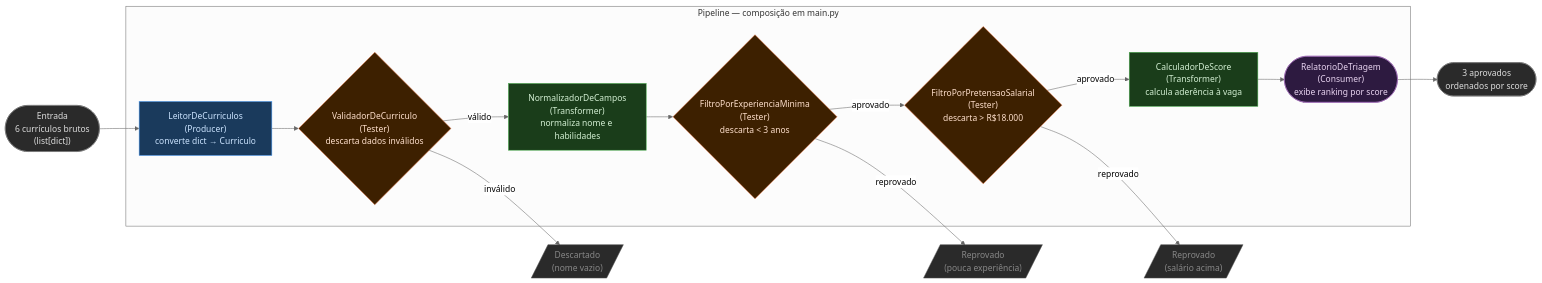
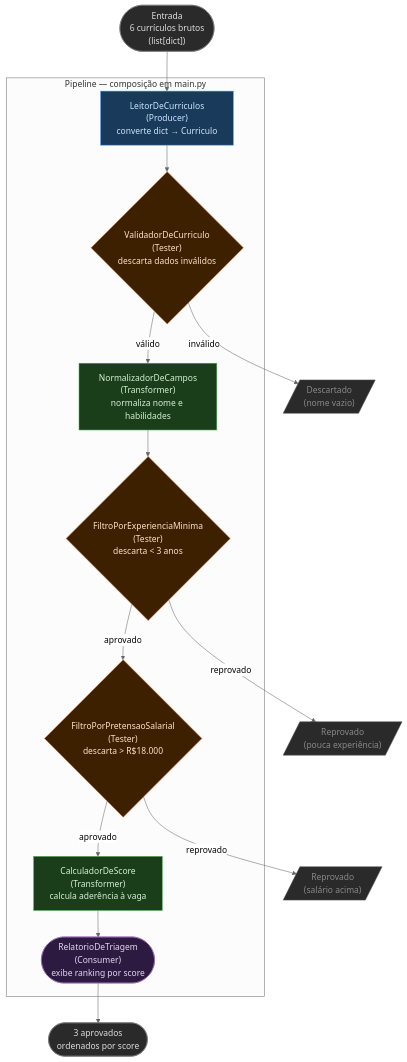
Before and after one commit to marco-mendes/arquitetura-software: the diagram in codigos/cap01-estilos-fundamentais/1.3-pipes-and-filters/README.md, drawn with Mermaid (neutral theme).

Commit message:
fix(cap01): diagrama 1.3 vertical (TD) para melhor legibilidade

````diff
--- a/codigos/cap01-estilos-fundamentais/1.3-pipes-and-filters/README.md
+++ b/codigos/cap01-estilos-fundamentais/1.3-pipes-and-filters/README.md
@@ -19,43 +19,43 @@
 ```mermaid
-graph LR
+graph TD
     IN(["Entrada\n6 currículos brutos\n(list[dict])"])
 
     subgraph pipeline["Pipeline — composição em main.py"]
         P["LeitorDeCurriculos\n(Producer)\nconverte dict → Curriculo"]
         T1{"ValidadorDeCurriculo\n(Tester)\ndescarta dados inválidos"}
         TR1["NormalizadorDeCampos\n(Transformer)\nnormaliza nome e habilidades"]
         T2{"FiltroPorExperienciaMinima\n(Tester)\ndescarta < 3 anos"}
         T3{"FiltroPorPretensaoSalarial\n(Tester)\ndescarta > R$18.000"}
         TR2["CalculadorDeScore\n(Transformer)\ncalcula aderência à vaga"]
         C(["RelatorioDeTriagem\n(Consumer)\nexibe ranking por score"])
     end
 
     D1[/"Descartado\n(nome vazio)"/]
     D2[/"Reprovado\n(pouca experiência)"/]
     D3[/"Reprovado\n(salário acima)"/]
     OUT(["3 aprovados\nordenados por score"])
 
     IN --> P --> T1
     T1 -->|"válido"| TR1
     T1 -->|"inválido"| D1
     TR1 --> T2
     T2 -->|"aprovado"| T3
     T2 -->|"reprovado"| D2
     T3 -->|"aprovado"| TR2
     T3 -->|"reprovado"| D3
     TR2 --> C --> OUT
 
     classDef producer fill:#1a3a5c,stroke:#4d9ef7,color:#cce4ff
     classDef tester fill:#3d2000,stroke:#e07040,color:#ffe0cc
     classDef transformer fill:#1a3d1a,stroke:#4caf50,color:#d4f0d4
     classDef consumer fill:#2d1a40,stroke:#9c6ab3,color:#e8d4f0
     classDef io fill:#2a2a2a,stroke:#777,color:#ddd
     classDef discard fill:#2a2a2a,stroke:#555,color:#888
 
     class P producer
     class T1,T2,T3 tester
     class TR1,TR2 transformer
     class C consumer
     class IN,OUT io
     class D1,D2,D3 discard
 ```
````
